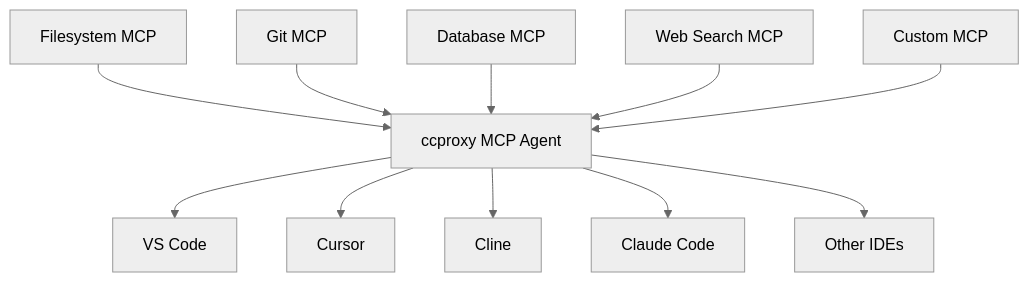
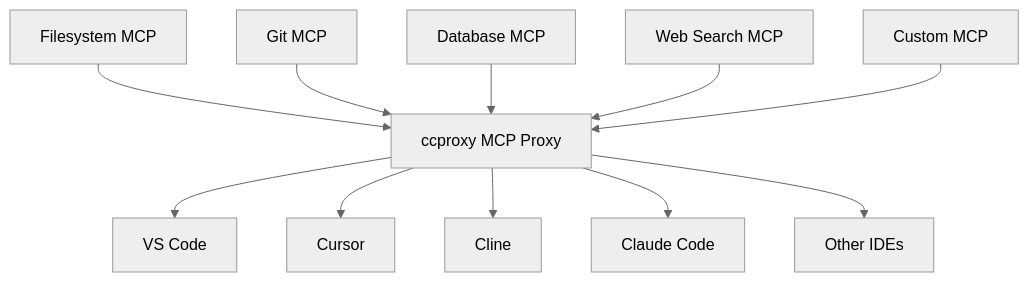
One commit to aidyou/chatspeed-docs changed the diagram in docs/en/mcp/README.md. Above: the diagram before and after it, drawn with Mermaid (neutral theme). The commit also changed other lines of this file and 14 other files, not shown here.

````diff
--- a/docs/en/mcp/README.md
+++ b/docs/en/mcp/README.md
@@ -28,14 +28,14 @@
 ```mermaid
 graph TB
-    F[Filesystem MCP] --> D[ccproxy MCP Agent]
+    F[Filesystem MCP] --> D[ccproxy MCP Proxy]
     G[Git MCP] --> D
     DB[Database MCP] --> D
     S[Web Search MCP] --> D
     C[Custom MCP] --> D
 
     D --> V[VS Code]
     D --> CU[Cursor]
     D --> CL[Cline]
     D --> CC[Claude Code]
     D --> O[Other IDEs]
 ```
````
